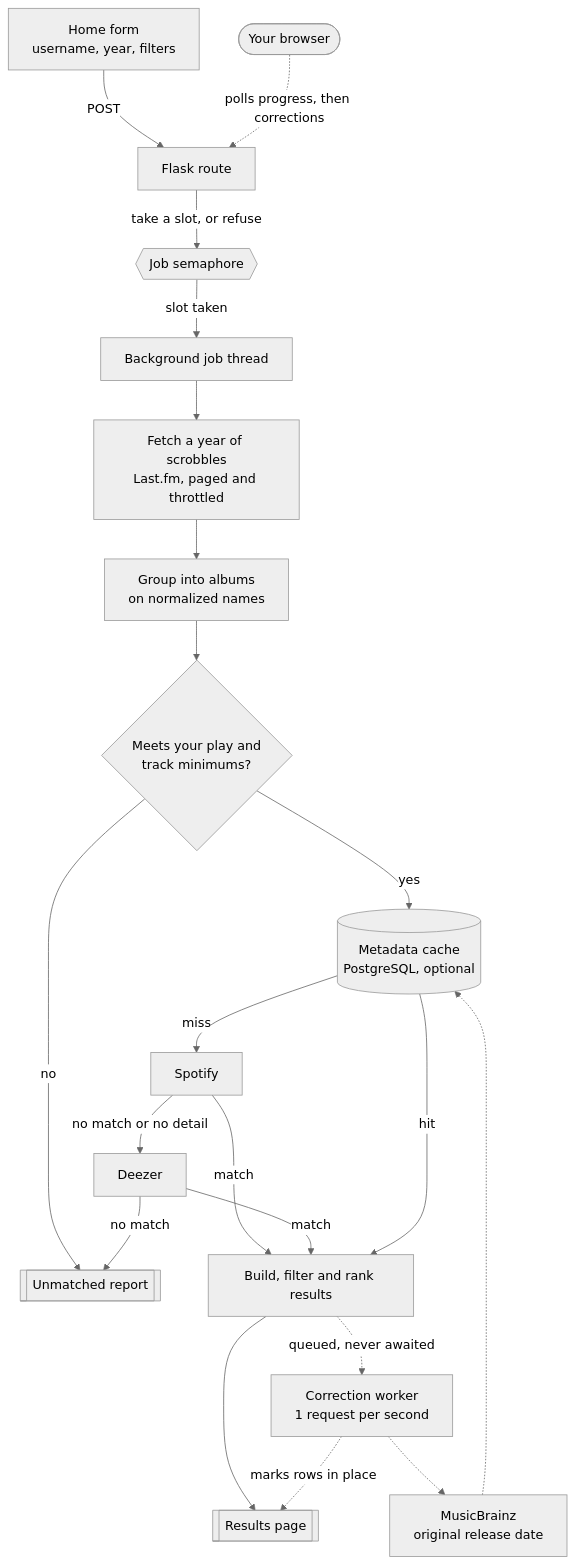
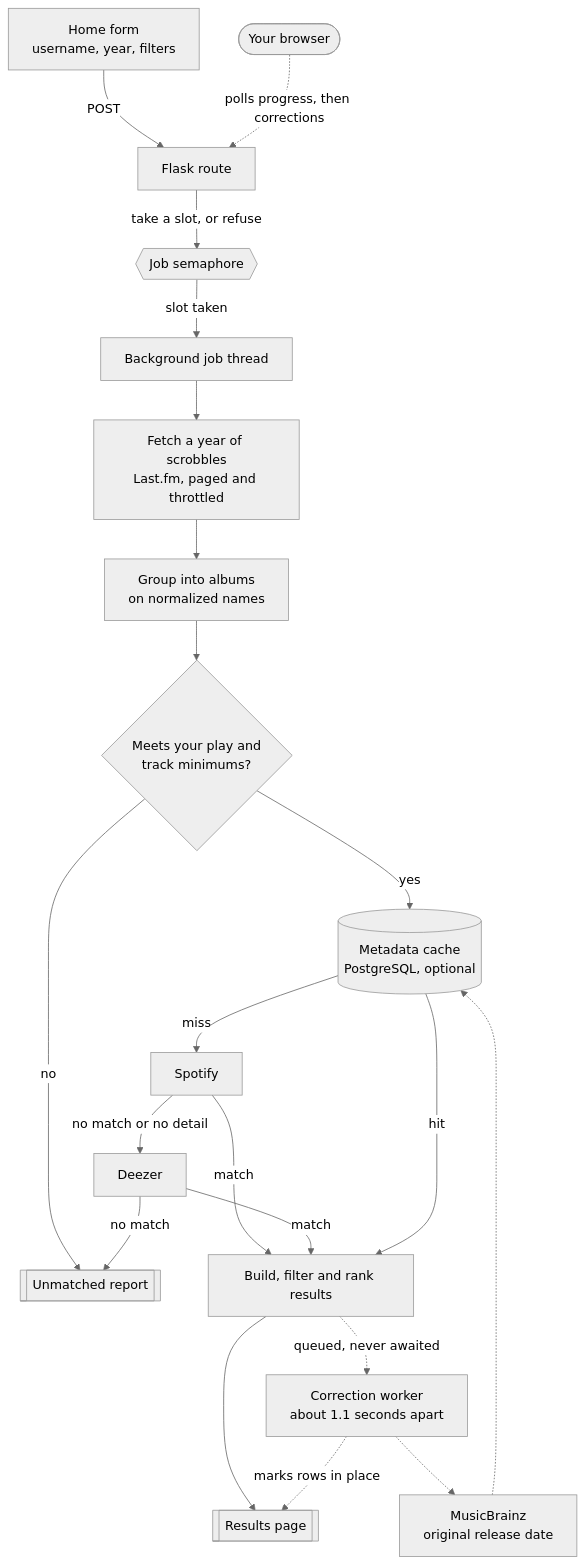
Before and after one commit to pterw/ScrobbleScope: the diagram in README.md, drawn with Mermaid (neutral theme). The commit also changed other lines of this file and 6 other files, not shown here.

````diff
--- a/README.md
+++ b/README.md
@@ -213,26 +216,26 @@
 ```mermaid
 flowchart TB
     Form["Home form<br/>username, year, filters"] -->|POST| Flask[Flask route]
     Flask -->|take a slot, or refuse| Slot{{Job semaphore}}
     Slot -->|slot taken| Job[Background job thread]
 
     Job --> Scrobbles[Fetch a year of scrobbles<br/>Last.fm, paged and throttled]
     Scrobbles --> Group[Group into albums<br/>on normalized names]
     Group --> Threshold{Meets your play and<br/>track minimums?}
     Threshold -->|no| Unmatched[[Unmatched report]]
     Threshold -->|yes| Cache[(Metadata cache<br/>PostgreSQL, optional)]
     Cache -->|miss| Spotify[Spotify]
     Spotify -->|no match or no detail| Deezer[Deezer]
     Spotify -->|match| Build
     Deezer -->|match| Build[Build, filter and rank results]
     Deezer -->|no match| Unmatched
     Cache -->|hit| Build
     Build --> Results[[Results page]]
 
-    Build -.->|queued, never awaited| Checks[Correction worker<br/>1 request per second]
+    Build -.->|queued, never awaited| Checks[Correction worker<br/>about 1.1 seconds apart]
     Checks -.-> MusicBrainz[MusicBrainz<br/>original release date]
     MusicBrainz -.-> Cache
     Checks -.->|marks rows in place| Results
 
     Browser([Your browser]) -.->|polls progress, then corrections| Flask
 ```
````
